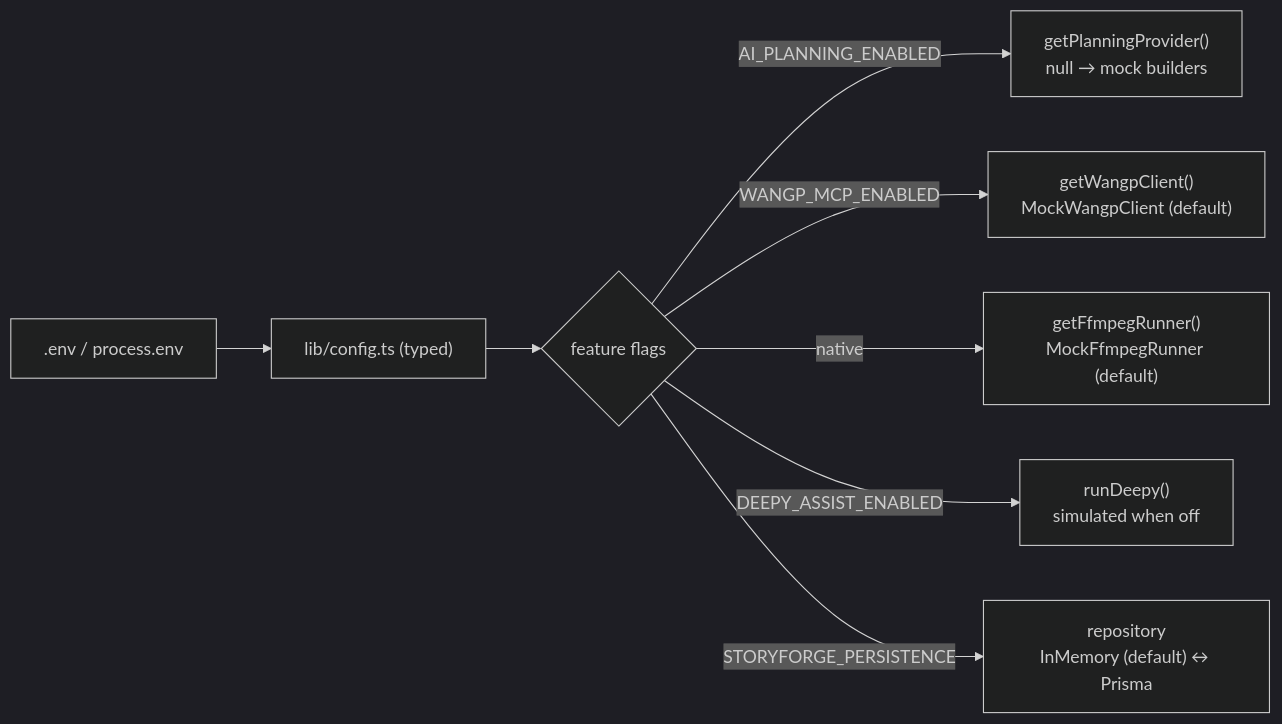
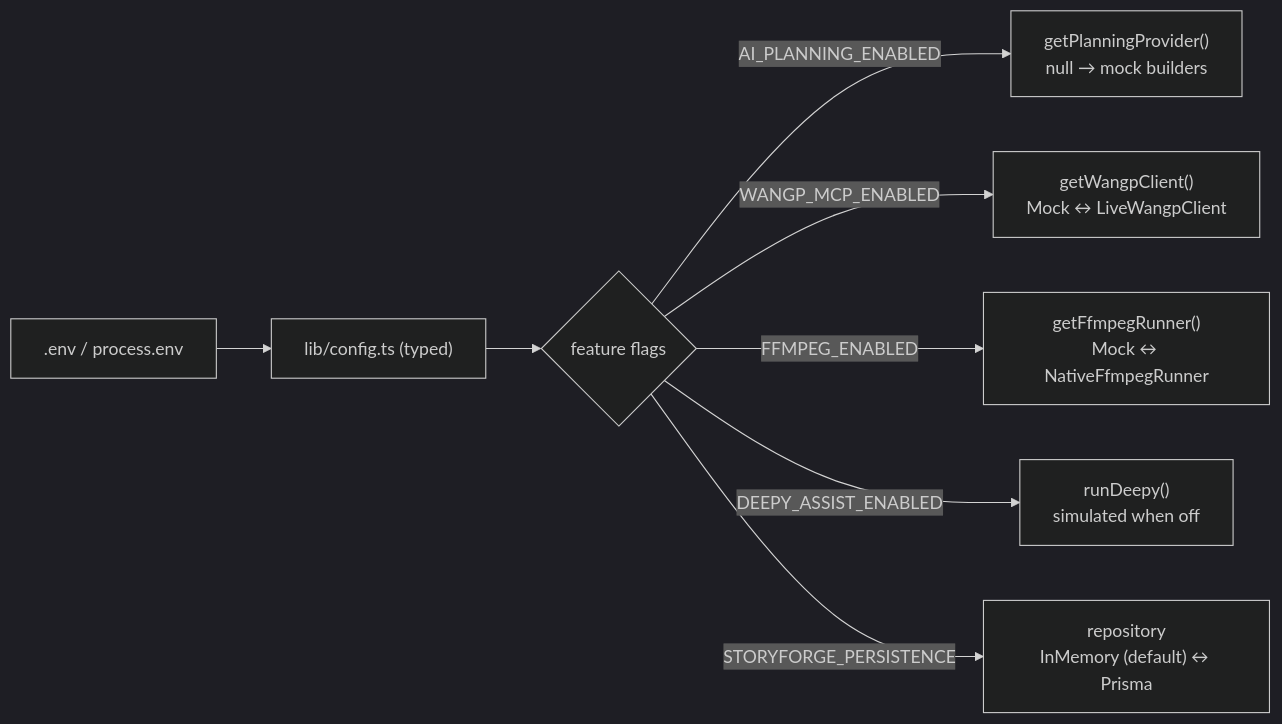
Before and after one commit to jamesbas/storyforgeai: diagram 12 of 14 in docs/ARCHITECTURE.md, drawn with Mermaid (dark theme). The commit also changed other lines of this file and 83 other files, not shown here.

First line of the commit message:
Add live WanGP MCP client, audio pipeline, media serving, and settings UI

````diff
--- a/docs/ARCHITECTURE.md
+++ b/docs/ARCHITECTURE.md
@@ -388,11 +388,11 @@
 ```mermaid
 flowchart LR
     env[".env / process.env"] --> config["lib/config.ts (typed)"]
     config --> flags{"feature flags"}
 
     flags -->|AI_PLANNING_ENABLED| llm["getPlanningProvider()<br/>null → mock builders"]
-    flags -->|WANGP_MCP_ENABLED| wangp["getWangpClient()<br/>MockWangpClient (default)"]
-    flags -->|native| ffmpeg["getFfmpegRunner()<br/>MockFfmpegRunner (default)"]
+    flags -->|WANGP_MCP_ENABLED| wangp["getWangpClient()<br/>Mock ↔ LiveWangpClient"]
+    flags -->|FFMPEG_ENABLED| ffmpeg["getFfmpegRunner()<br/>Mock ↔ NativeFfmpegRunner"]
     flags -->|DEEPY_ASSIST_ENABLED| deepy["runDeepy()<br/>simulated when off"]
     flags -->|STORYFORGE_PERSISTENCE| repo["repository<br/>InMemory (default) ↔ Prisma"]
 ```
````
